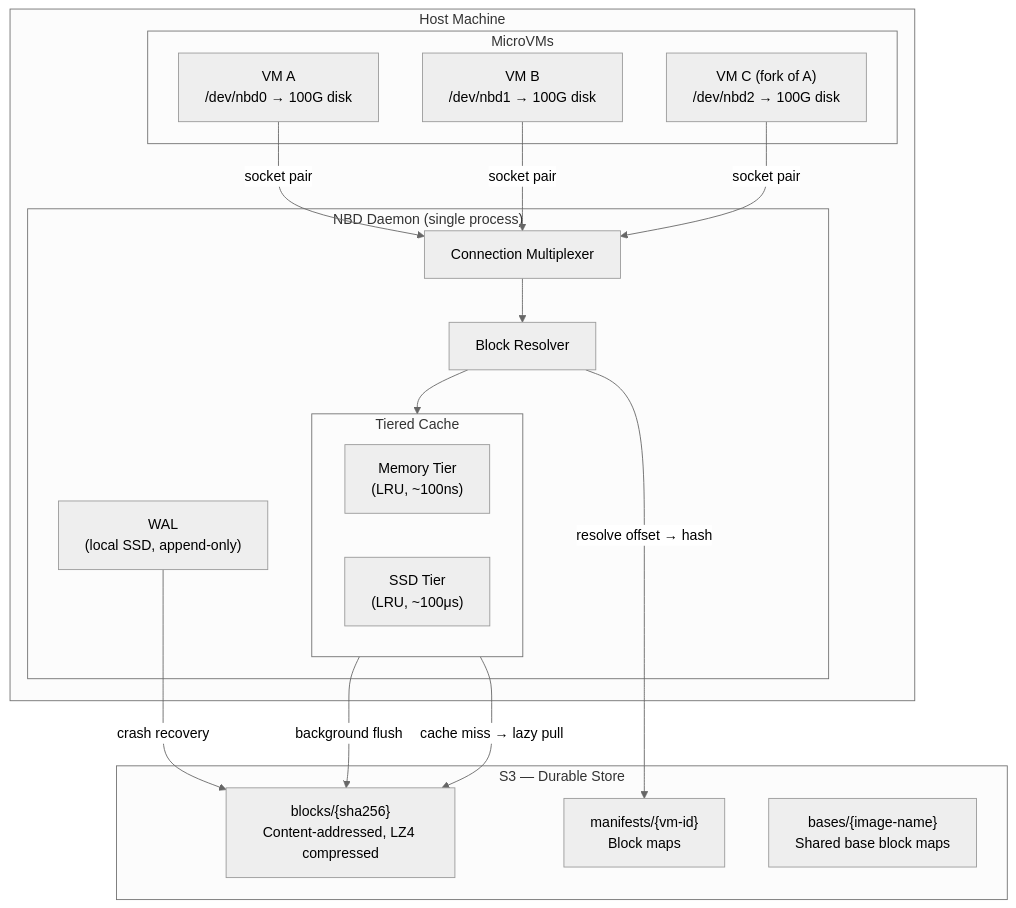
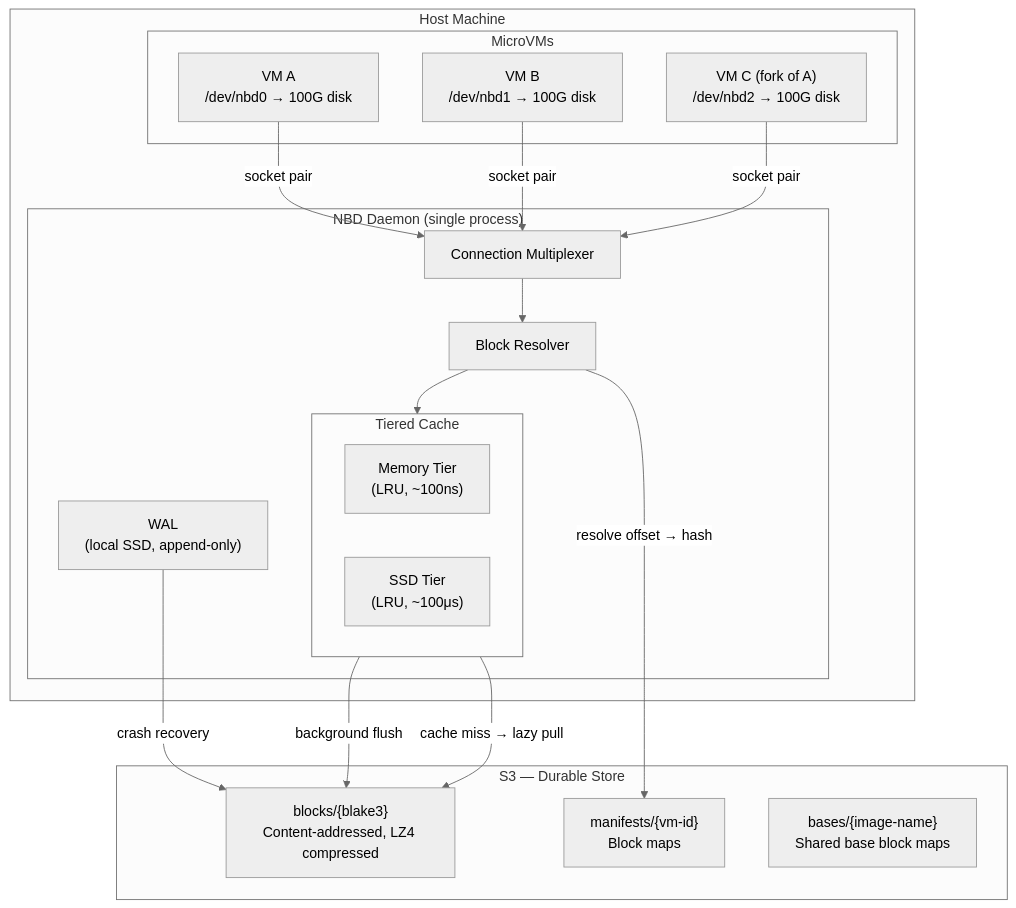
One commit to paraglidehq/glidefs changed the first of 18 diagrams in GLIDEv2.md. Above: the diagram before and after it, drawn with Mermaid (neutral theme). The commit also changed other lines of this file, not shown here.

````diff
--- a/GLIDEv2.md
+++ b/GLIDEv2.md
@@ -59,37 +59,37 @@
 ```mermaid
 graph TB
     subgraph Host["Host Machine"]
         subgraph VMs["MicroVMs"]
             VM1["VM A<br/>/dev/nbd0 → 100G disk"]
             VM2["VM B<br/>/dev/nbd1 → 100G disk"]
             VM3["VM C (fork of A)<br/>/dev/nbd2 → 100G disk"]
         end
 
         subgraph NBD["NBD Daemon (single process)"]
             MUX["Connection Multiplexer"]
             BR["Block Resolver"]
             WAL["WAL<br/>(local SSD, append-only)"]
             subgraph CACHE["Tiered Cache"]
                 MEM["Memory Tier<br/>(LRU, ~100ns)"]
                 SSD["SSD Tier<br/>(LRU, ~100μs)"]
             end
         end
 
         VM1 -->|"socket pair"| MUX
         VM2 -->|"socket pair"| MUX
         VM3 -->|"socket pair"| MUX
         MUX --> BR
         BR --> CACHE
     end
 
     subgraph S3["S3 — Durable Store"]
-        BLOCKS["blocks/{sha256}<br/>Content-addressed, LZ4 compressed"]
+        BLOCKS["blocks/{blake3}<br/>Content-addressed, LZ4 compressed"]
         MANIFESTS["manifests/{vm-id}<br/>Block maps"]
         BASES["bases/{image-name}<br/>Shared base block maps"]
     end
 
     CACHE -->|"background flush"| BLOCKS
     BR -->|"resolve offset → hash"| MANIFESTS
     CACHE -->|"cache miss → lazy pull"| BLOCKS
     WAL -->|"crash recovery"| BLOCKS
 ```
````
